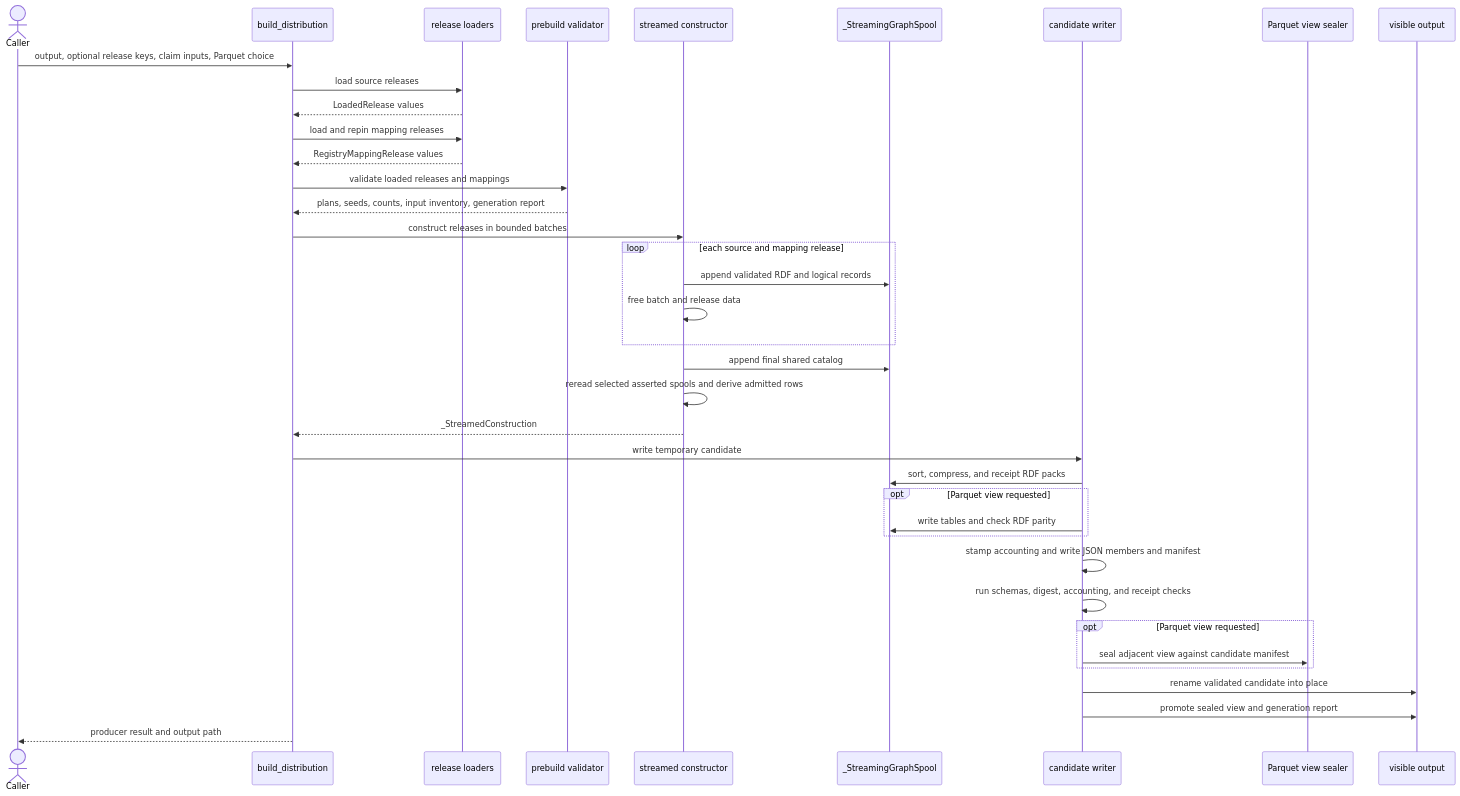
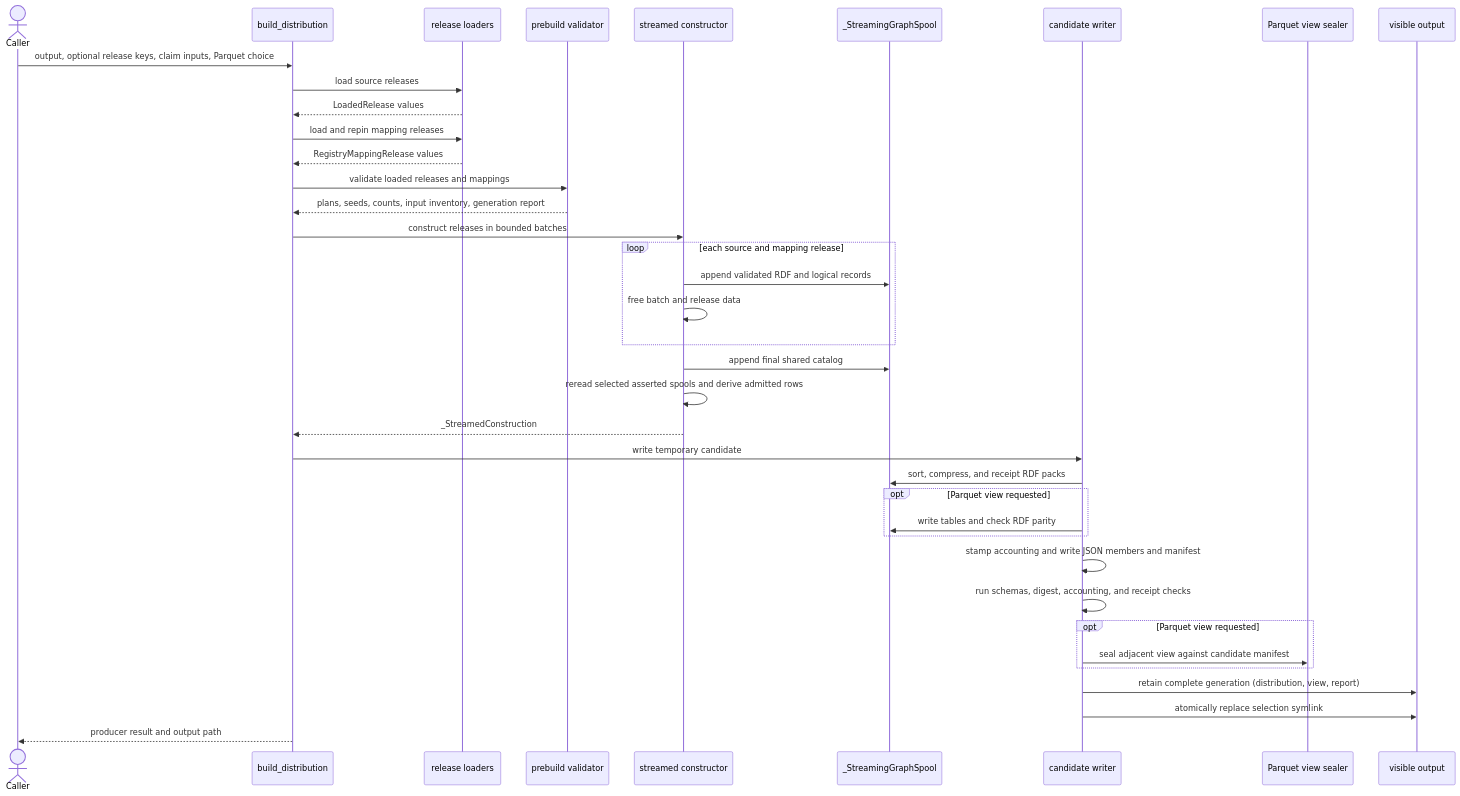
One commit to Formspec-Labs/RefSpec changed the fourth of 5 diagrams in wiki/atlas_distribution_builder.md. Above: the diagram before and after it, drawn with Mermaid. The commit also changed other lines of this file and 27 other files, not shown here.

````diff
--- a/wiki/atlas_distribution_builder.md
+++ b/wiki/atlas_distribution_builder.md
@@ -326,43 +326,43 @@
 ```mermaid
 sequenceDiagram
     actor Caller
     participant CLI as build_distribution
     participant Load as release loaders
     participant Pre as prebuild validator
     participant Stream as streamed constructor
     participant Spool as _StreamingGraphSpool
     participant Writer as candidate writer
     participant View as Parquet view sealer
     participant FS as visible output
 
     Caller->>CLI: output, optional release keys, claim inputs, Parquet choice
     CLI->>Load: load source releases
     Load-->>CLI: LoadedRelease values
     CLI->>Load: load and repin mapping releases
     Load-->>CLI: RegistryMappingRelease values
     CLI->>Pre: validate loaded releases and mappings
     Pre-->>CLI: plans, seeds, counts, input inventory, generation report
 
     CLI->>Stream: construct releases in bounded batches
     loop each source and mapping release
         Stream->>Spool: append validated RDF and logical records
         Stream->>Stream: free batch and release data
     end
     Stream->>Spool: append final shared catalog
     Stream->>Stream: reread selected asserted spools and derive admitted rows
     Stream-->>CLI: _StreamedConstruction
 
     CLI->>Writer: write temporary candidate
     Writer->>Spool: sort, compress, and receipt RDF packs
     opt Parquet view requested
         Writer->>Spool: write tables and check RDF parity
     end
     Writer->>Writer: stamp accounting and write JSON members and manifest
     Writer->>Writer: run schemas, digest, accounting, and receipt checks
     opt Parquet view requested
         Writer->>View: seal adjacent view against candidate manifest
     end
-    Writer->>FS: rename validated candidate into place
-    Writer->>FS: promote sealed view and generation report
+    Writer->>FS: retain complete generation (distribution, view, report)
+    Writer->>FS: atomically replace selection symlink
     CLI-->>Caller: producer result and output path
 ```
````
